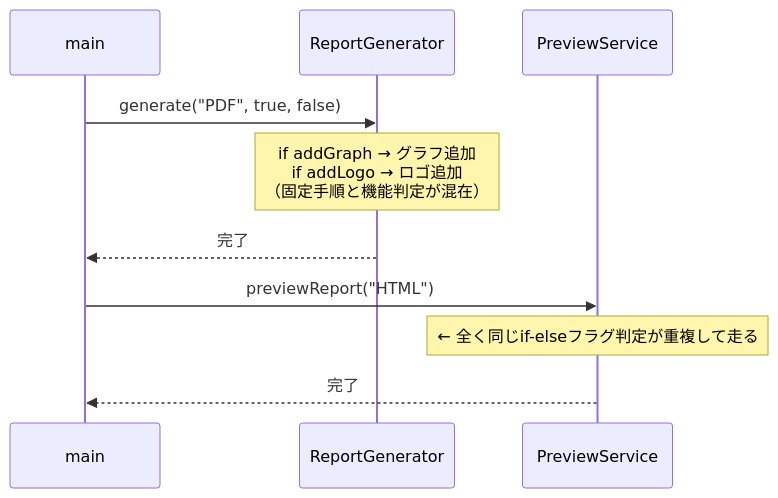
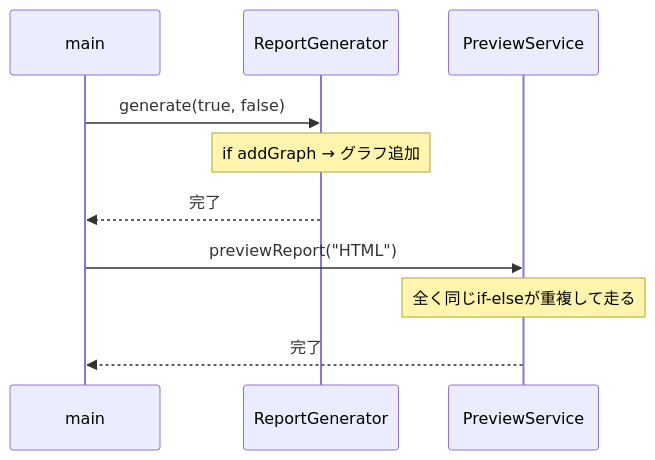
One commit to kumachan1101-pixel/DesignPattern changed the fifth of 13 diagrams in kindle/design-patterns/output/chapter11.md. Above: the diagram before and after it, drawn with Mermaid. The commit also changed other lines of this file and 2 other files, not shown here.

````diff
--- a/kindle/design-patterns/output/chapter11.md
+++ b/kindle/design-patterns/output/chapter11.md
@@ -448,12 +486,12 @@
 ```mermaid
 sequenceDiagram
     participant main
     participant RG as ReportGenerator
     participant PS as PreviewService
-    main->>RG: generate("PDF", true, false)
-    Note over RG: if addGraph → グラフ追加<br/>if addLogo → ロゴ追加<br/>（固定手順と機能判定が混在）
+    main->>RG: generate(true, false)
+    Note over RG: if addGraph → グラフ追加
     RG-->>main: 完了
     main->>PS: previewReport("HTML")
-    Note over PS: ← 全く同じif-elseフラグ判定が重複して走る
+    Note over PS: 全く同じif-elseが重複して走る
     PS-->>main: 完了
 ```
````
